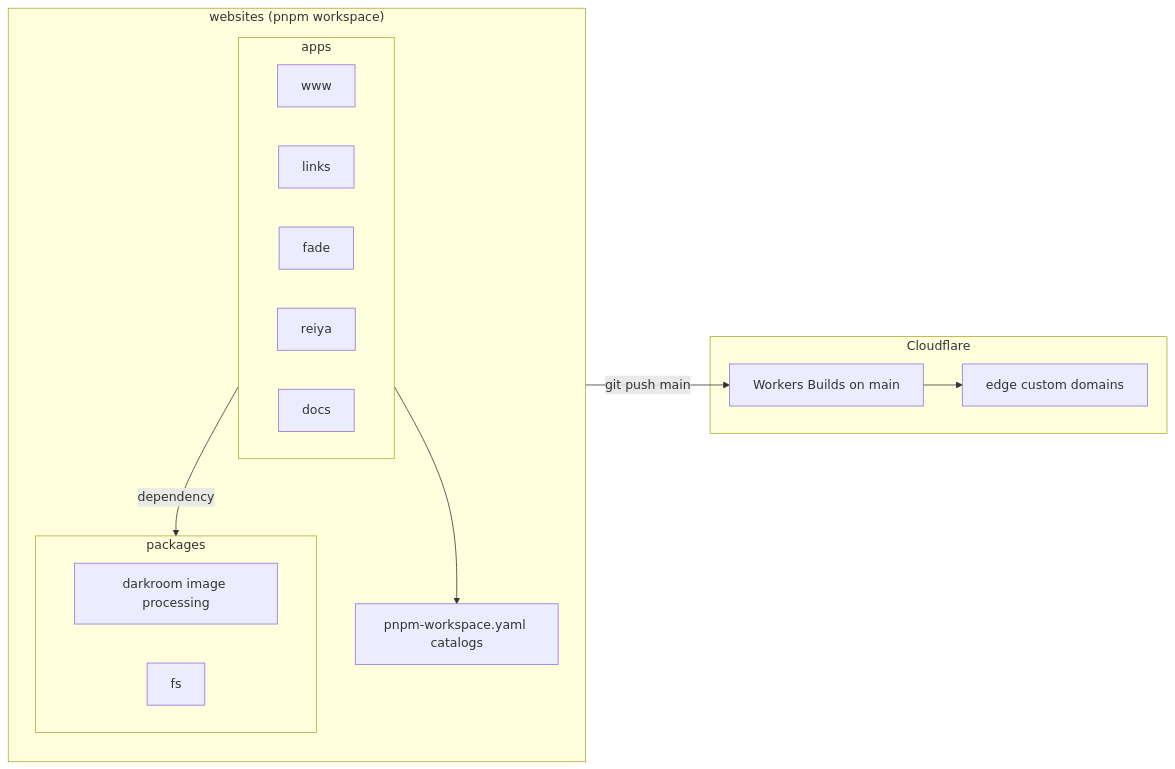
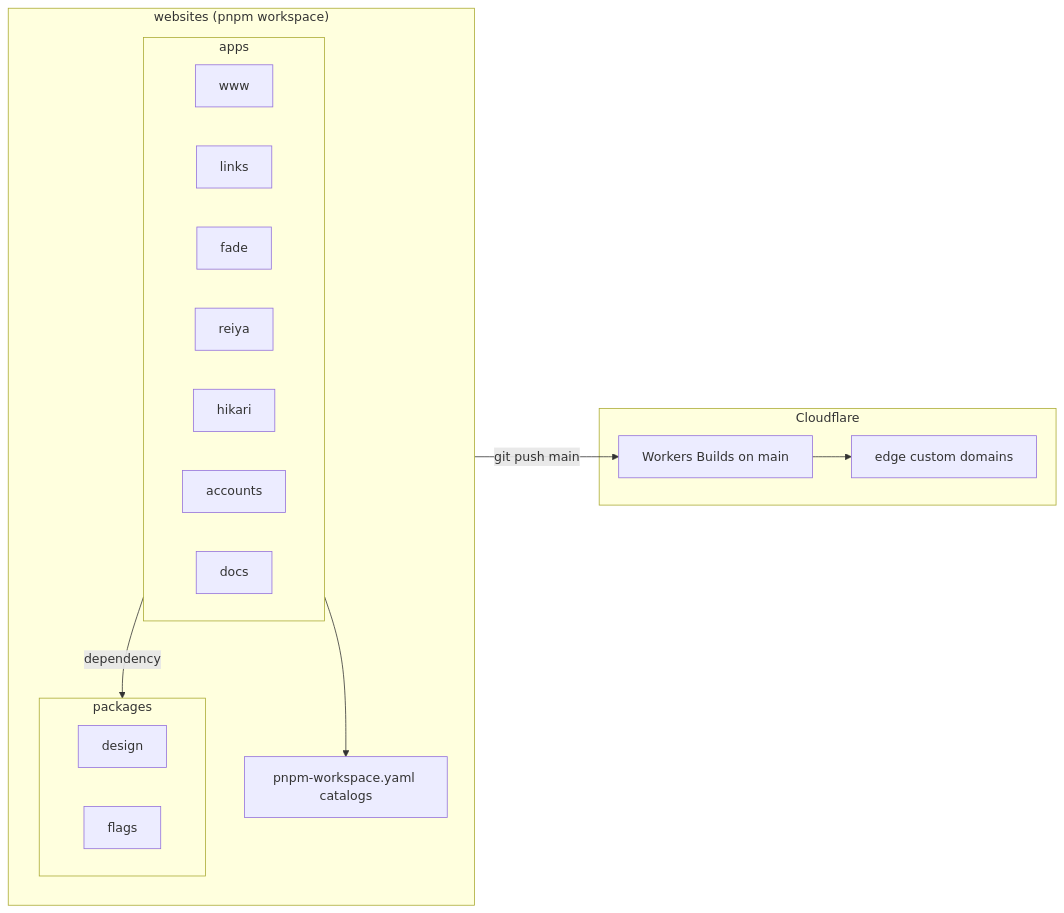
Before and after one commit to shikanime-studio/websites: the first of 2 diagrams in apps/docs/docs/products/web-properties.md, drawn with Mermaid. The commit also changed other lines of this file and 2 other files, not shown here.

Commit message:
Correct stale accounts, hikari, and vision tower docs

````diff
--- a/apps/docs/docs/products/web-properties.md
+++ b/apps/docs/docs/products/web-properties.md
@@ -33,24 +35,26 @@
 ```mermaid
 flowchart LR
   subgraph repo["websites (pnpm workspace)"]
     subgraph apps
       WWW[www]
       LINKS[links]
       FADE[fade]
       REIYA[reiya]
+      HIKARI[hikari]
+      ACCOUNTS[accounts]
       DOCS[docs]
     end
     subgraph packages
-      DARK[darkroom image processing]
-      FS[fs]
+      DESIGN[design]
+      FLAGS[flags]
     end
     CATALOG[pnpm-workspace.yaml catalogs]
   end
   apps -->|dependency| packages
   apps --> CATALOG
   subgraph cf["Cloudflare"]
     BUILD[Workers Builds on main]
     EDGE[edge custom domains]
   end
   repo -->|git push main| BUILD --> EDGE
 ```
````
